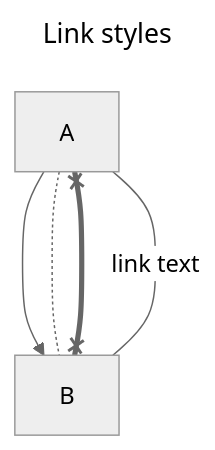
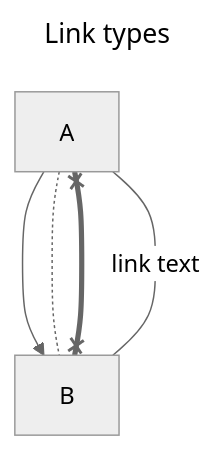
One commit to JansthcirlU/Mermaid.NET.Flowcharts changed the third of 6 diagrams in README.md. Above: the diagram before and after it, drawn with Mermaid (neutral theme). The commit also changed other lines of this file, not shown here.

````diff
--- a/README.md
+++ b/README.md
@@ -180,14 +186,14 @@
 ```mermaid
 ---
-title: Link styles
+title: Link types
 ---
 flowchart TD
   a["A"]
   b["B"]
 
   a ---> b
   a o-.- b
   a x===x b
   a ---|link text| b
 
 ```
````
